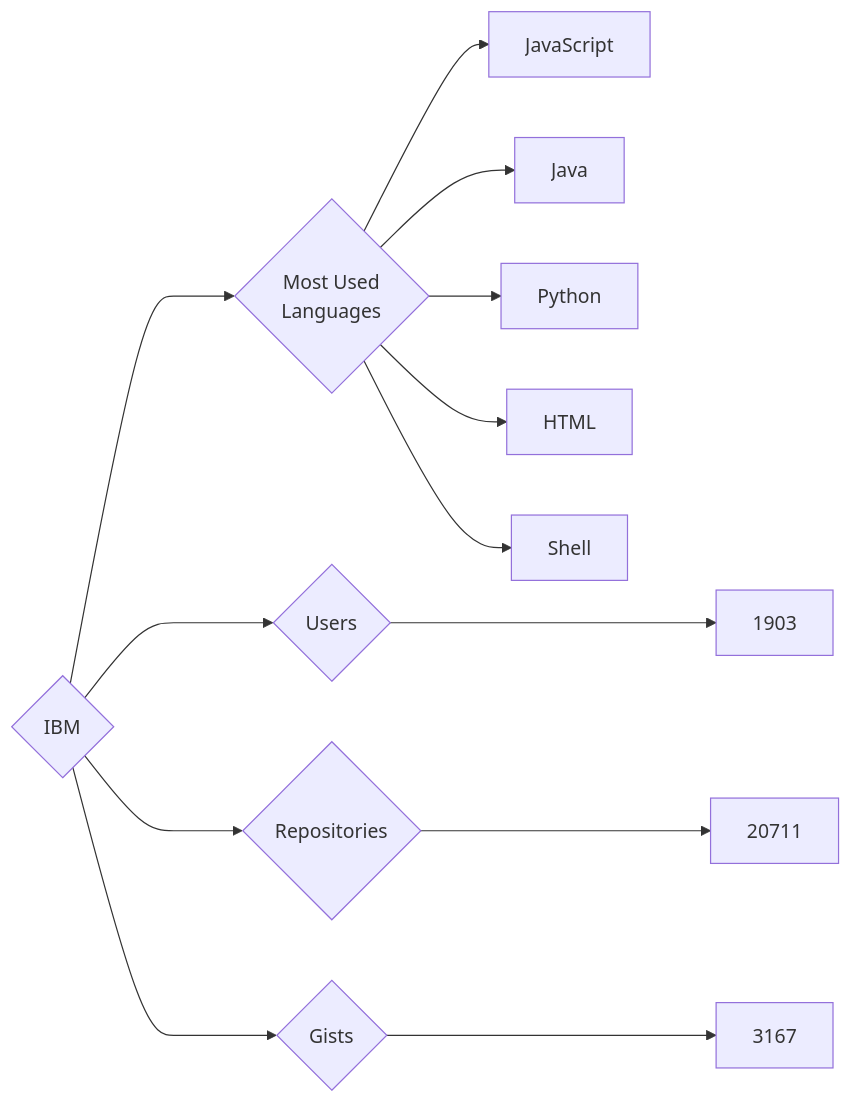
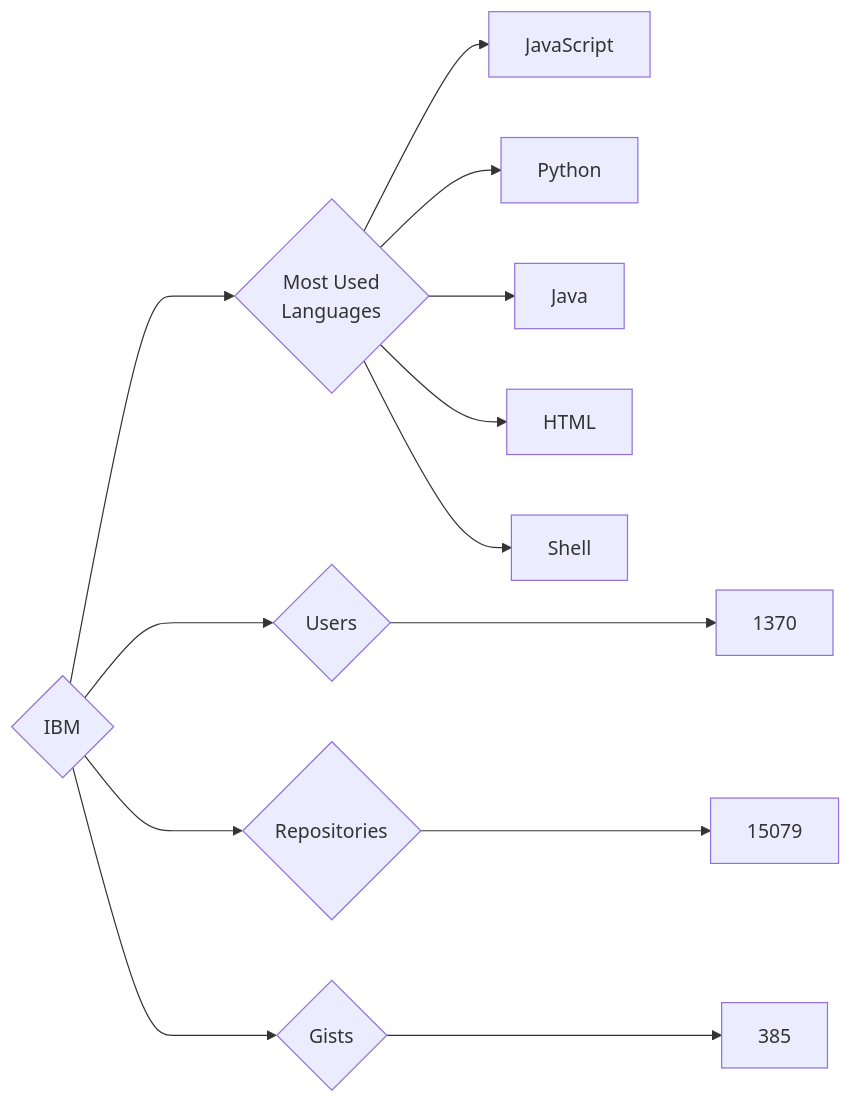
The diagram in targets/IBM/README.md (trickest/insiders), drawn with Mermaid before and after one commit. The commit also changed 745 other files, not shown here.

````diff
--- a/targets/IBM/README.md
+++ b/targets/IBM/README.md
@@ -3,13 +3,13 @@
 ```mermaid
 graph LR
 COMPANY_NAME{IBM}
-COMPANY_NAME ---> U{Users} ---> UN[1903]
-COMPANY_NAME ---> R{Repositories} ---> RN[20711]
-COMPANY_NAME ---> G{Gists} ---> GN[3167]
+COMPANY_NAME ---> U{Users} ---> UN[1370]
+COMPANY_NAME ---> R{Repositories} ---> RN[15079]
+COMPANY_NAME ---> G{Gists} ---> GN[385]
 COMPANY_NAME ---> ML{Most Used<br>Languages}
 ML --> JavaScript[JavaScript]
+ML --> Python[Python]
 ML --> Java[Java]
-ML --> Python[Python]
 ML --> HTML[HTML]
 ML --> Shell[Shell]
 ```
````
